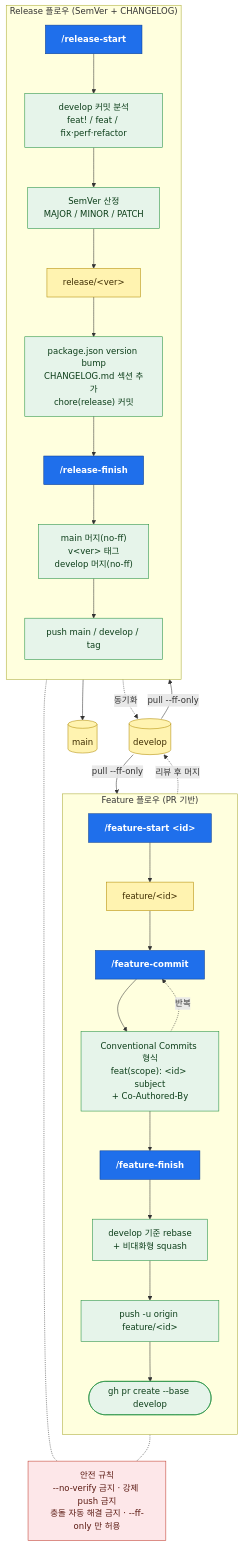
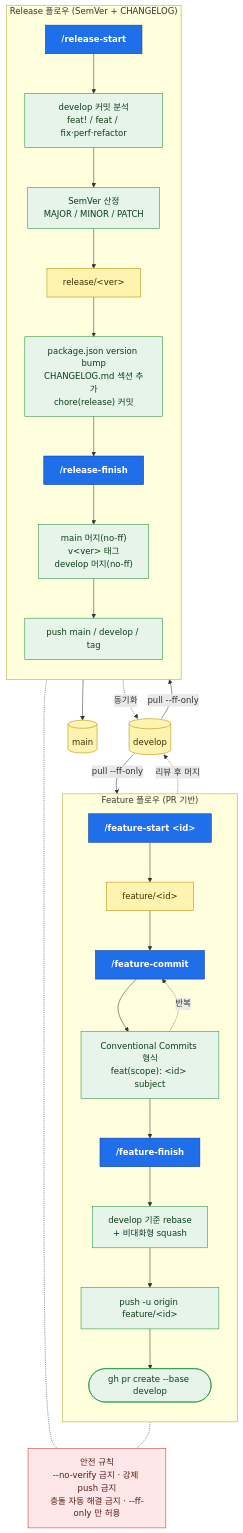
One commit to JihoonKim0305/gitflow-sph changed the diagram in README.md. Above: the diagram before and after it, drawn with Mermaid. The commit also changed other lines of this file and 5 other files, not shown here.

````diff
--- a/README.md
+++ b/README.md
@@ -71,57 +71,57 @@
 ```mermaid
 flowchart TD
     classDef cmd fill:#1f6feb,stroke:#0b3d91,color:#fff,font-weight:bold
     classDef branch fill:#fff3b0,stroke:#b08900,color:#3d2c00
     classDef action fill:#e6f4ea,stroke:#1e8e3e,color:#0b3d18
     classDef guard fill:#fde7e9,stroke:#c0392b,color:#5b1a12
 
     DEV[("develop")]:::branch
     MAIN[("main")]:::branch
 
     %% ===== Feature flow =====
     subgraph FEATURE["Feature 플로우 (PR 기반)"]
         direction TB
         FS["/feature-start &lt;id&gt;"]:::cmd
         FB["feature/&lt;id&gt;"]:::branch
         FC["/feature-commit"]:::cmd
-        FCMSG["Conventional Commits 형식<br/>feat(scope): &lt;id&gt; subject<br/>+ Co-Authored-By"]:::action
+        FCMSG["Conventional Commits 형식<br/>feat(scope): &lt;id&gt; subject"]:::action
         FF["/feature-finish"]:::cmd
         FSQ["develop 기준 rebase<br/>+ 비대화형 squash"]:::action
         FPSH["push -u origin feature/&lt;id&gt;"]:::action
         FPR(["gh pr create --base develop"]):::action
 
         FS --> FB
         FB --> FC
         FC --> FCMSG
         FCMSG -. 반복 .-> FC
         FCMSG --> FF
         FF --> FSQ --> FPSH --> FPR
     end
 
     %% ===== Release flow =====
     subgraph RELEASE["Release 플로우 (SemVer + CHANGELOG)"]
         direction TB
         RS["/release-start"]:::cmd
         RANA["develop 커밋 분석<br/>feat! / feat / fix·perf·refactor"]:::action
         RVER["SemVer 산정<br/>MAJOR / MINOR / PATCH"]:::action
         RB["release/&lt;ver&gt;"]:::branch
         RBUMP["package.json version bump<br/>CHANGELOG.md 섹션 추가<br/>chore(release) 커밋"]:::action
         RFIN["/release-finish"]:::cmd
         RMERGE["main 머지(no-ff)<br/>v&lt;ver&gt; 태그<br/>develop 머지(no-ff)"]:::action
         RPUSH["push main / develop / tag"]:::action
 
         RS --> RANA --> RVER --> RB --> RBUMP --> RFIN --> RMERGE --> RPUSH
     end
 
     %% ===== Cross edges =====
     DEV -- "pull --ff-only" --> FS
     FPR -. "리뷰 후 머지" .-> DEV
     DEV -- "pull --ff-only" --> RS
     RPUSH --> MAIN
     RPUSH -. "동기화" .-> DEV
 
     %% ===== Safety guard =====
     GUARD["안전 규칙<br/>--no-verify 금지 · 강제 push 금지<br/>충돌 자동 해결 금지 · --ff-only 만 허용"]:::guard
     FF -.- GUARD
     RFIN -.- GUARD
 ```
````
